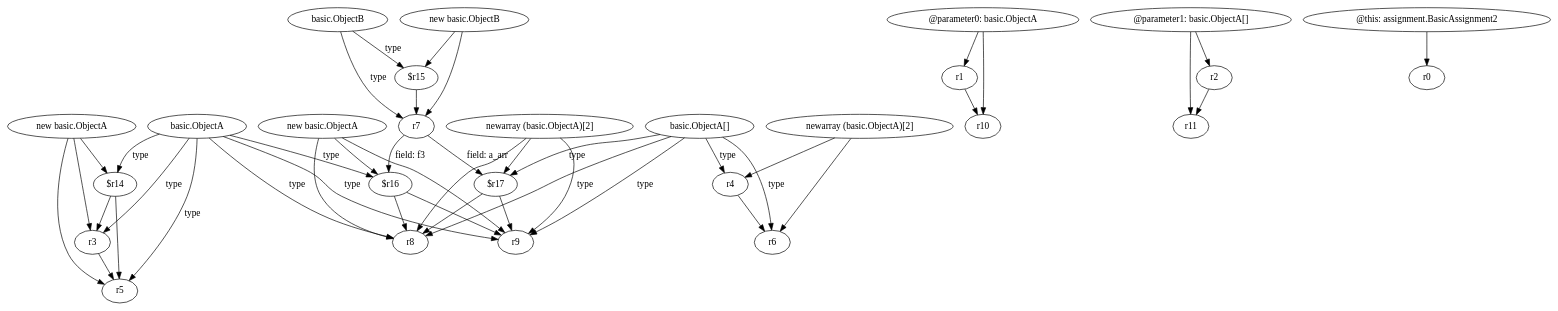
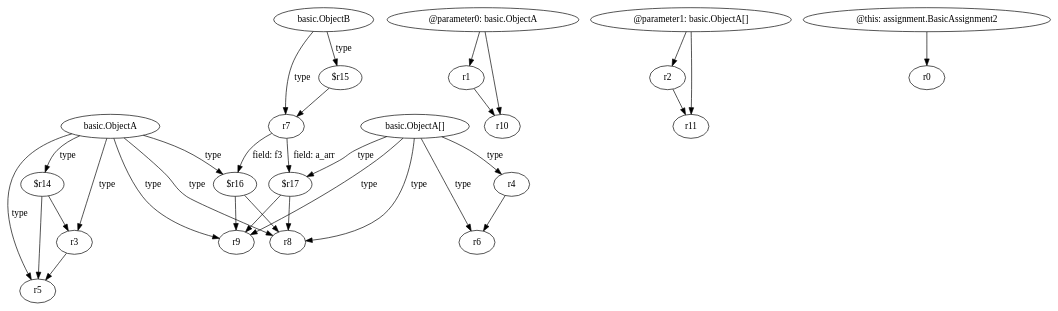
Before and after one commit to SeanCoek/zString: the diagram in relation2/<assignment.BasicAssignment2: void assignInLocalInitial(basic.ObjectA,basic.ObjectA[])>.dot, drawn with Graphviz. The commit also changed 34 other files, not shown here.

Commit message:
update graph

```diff
--- a/relation2/<assignment.BasicAssignment2: void assignInLocalInitial(basic.ObjectA,basic.ObjectA[])>.dot
+++ b/relation2/<assignment.BasicAssignment2: void assignInLocalInitial(basic.ObjectA,basic.ObjectA[])>.dot
@@ -1,73 +1,55 @@
 digraph g {
-0[label="new basic.ObjectA"]
-1[label="r5"]
+0[label="$r14"]
+1[label="r3"]
 0->1[label=""]
-2[label="$r14"]
-3[label="r3"]
-2->3[label=""]
-4[label="basic.ObjectA"]
-4->1[label="type"]
-5[label="r1"]
-6[label="r10"]
-5->6[label=""]
-7[label="@parameter0: basic.ObjectA"]
-7->6[label=""]
-8[label="$r16"]
-4->8[label="type"]
-4->3[label="type"]
-9[label="@parameter1: basic.ObjectA[]"]
-10[label="r11"]
-9->10[label=""]
-11[label="newarray (basic.ObjectA)[2]"]
-12[label="r8"]
-11->12[label=""]
-2->1[label=""]
-13[label="r9"]
-4->13[label="type"]
-14[label="r4"]
-15[label="r6"]
-14->15[label=""]
-16[label="new basic.ObjectA"]
-16->13[label=""]
-17[label="r2"]
-9->17[label=""]
-18[label="basic.ObjectA[]"]
-19[label="$r17"]
-18->19[label="type"]
-19->13[label=""]
-16->12[label=""]
-16->8[label=""]
-20[label="newarray (basic.ObjectA)[2]"]
-20->15[label=""]
-21[label="basic.ObjectB"]
-22[label="$r15"]
-21->22[label="type"]
-18->14[label="type"]
-3->1[label=""]
-23[label="new basic.ObjectB"]
-24[label="r7"]
-23->24[label=""]
-4->2[label="type"]
-24->8[label="field: f3"]
-23->22[label=""]
-18->13[label="type"]
-8->12[label=""]
-19->12[label=""]
-18->12[label="type"]
+2[label="basic.ObjectA"]
+3[label="r5"]
+2->3[label="type"]
+4[label="r1"]
+5[label="r10"]
+4->5[label=""]
+6[label="$r16"]
+2->6[label="type"]
+2->1[label="type"]
 0->3[label=""]
-20->14[label=""]
-11->19[label=""]
-8->13[label=""]
-4->12[label="type"]
-21->24[label="type"]
-25[label="@this: assignment.BasicAssignment2"]
-26[label="r0"]
-25->26[label=""]
-7->5[label=""]
-24->19[label="field: a_arr"]
-18->15[label="type"]
-22->24[label=""]
-11->13[label=""]
-0->2[label=""]
-17->10[label=""]
+7[label="@parameter1: basic.ObjectA[]"]
+8[label="r2"]
+7->8[label=""]
+9[label="r9"]
+2->9[label="type"]
+10[label="r4"]
+11[label="r6"]
+10->11[label=""]
+12[label="basic.ObjectA[]"]
+13[label="$r17"]
+12->13[label="type"]
+13->9[label=""]
+14[label="basic.ObjectB"]
+15[label="$r15"]
+14->15[label="type"]
+12->10[label="type"]
+1->3[label=""]
+2->0[label="type"]
+16[label="r7"]
+16->6[label="field: f3"]
+12->9[label="type"]
+17[label="r8"]
+6->17[label=""]
+13->17[label=""]
+12->17[label="type"]
+18[label="@parameter0: basic.ObjectA"]
+18->4[label=""]
+18->5[label=""]
+6->9[label=""]
+14->16[label="type"]
+2->17[label="type"]
+16->13[label="field: a_arr"]
+19[label="r11"]
+7->19[label=""]
+12->11[label="type"]
+15->16[label=""]
+20[label="@this: assignment.BasicAssignment2"]
+21[label="r0"]
+20->21[label=""]
+8->19[label=""]
 }
```
